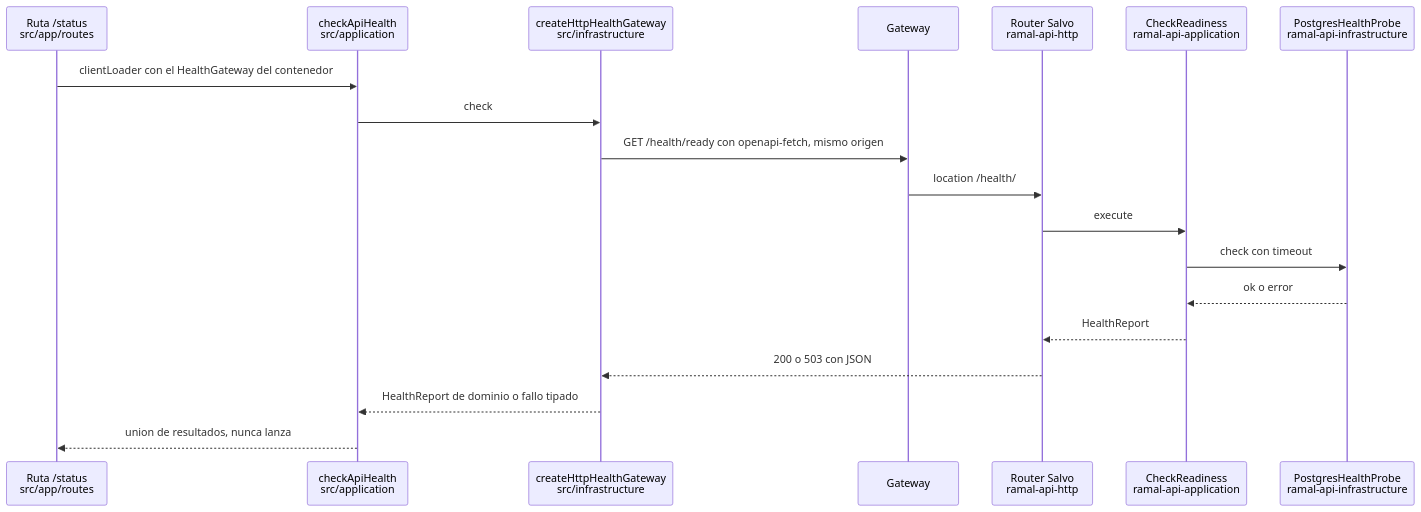
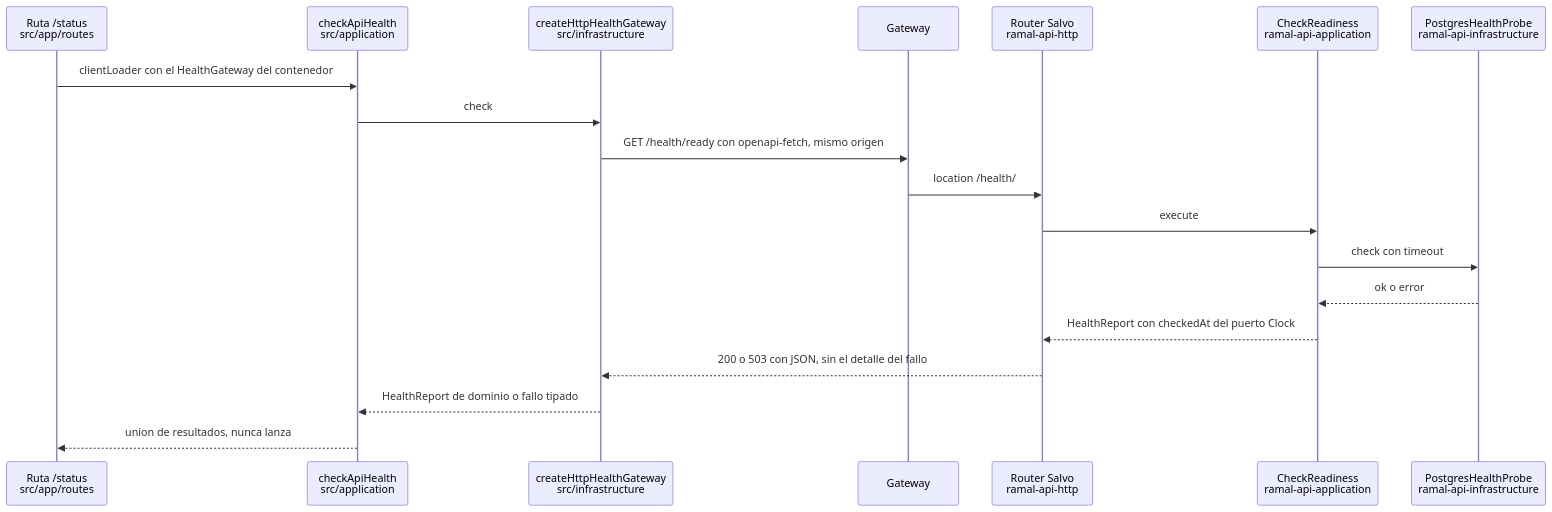
The fifth of 6 diagrams in docs/architecture.md (eabl0306/ramal), drawn with Mermaid before and after one commit. The commit also changed other lines of this file and 13 other files, not shown here.

First line of the commit message:
docs: alinear la arquitectura, los ADR y el contrato con el codigo del primer corte

````diff
--- a/docs/architecture.md
+++ b/docs/architecture.md
@@ -982,21 +1109,21 @@
 ```mermaid
 sequenceDiagram
     participant R as Ruta /status<br/>src/app/routes
     participant UC as checkApiHealth<br/>src/application
     participant A as createHttpHealthGateway<br/>src/infrastructure
     participant GW as Gateway
     participant HT as Router Salvo<br/>ramal-api-http
     participant CR as CheckReadiness<br/>ramal-api-application
     participant PG as PostgresHealthProbe<br/>ramal-api-infrastructure
     R->>UC: clientLoader con el HealthGateway del contenedor
     UC->>A: check
     A->>GW: GET /health/ready con openapi-fetch, mismo origen
     GW->>HT: location /health/
     HT->>CR: execute
     CR->>PG: check con timeout
     PG-->>CR: ok o error
-    CR-->>HT: HealthReport
-    HT-->>A: 200 o 503 con JSON
+    CR-->>HT: HealthReport con checkedAt del puerto Clock
+    HT-->>A: 200 o 503 con JSON, sin el detalle del fallo
     A-->>UC: HealthReport de dominio o fallo tipado
     UC-->>R: union de resultados, nunca lanza
 ```
````
